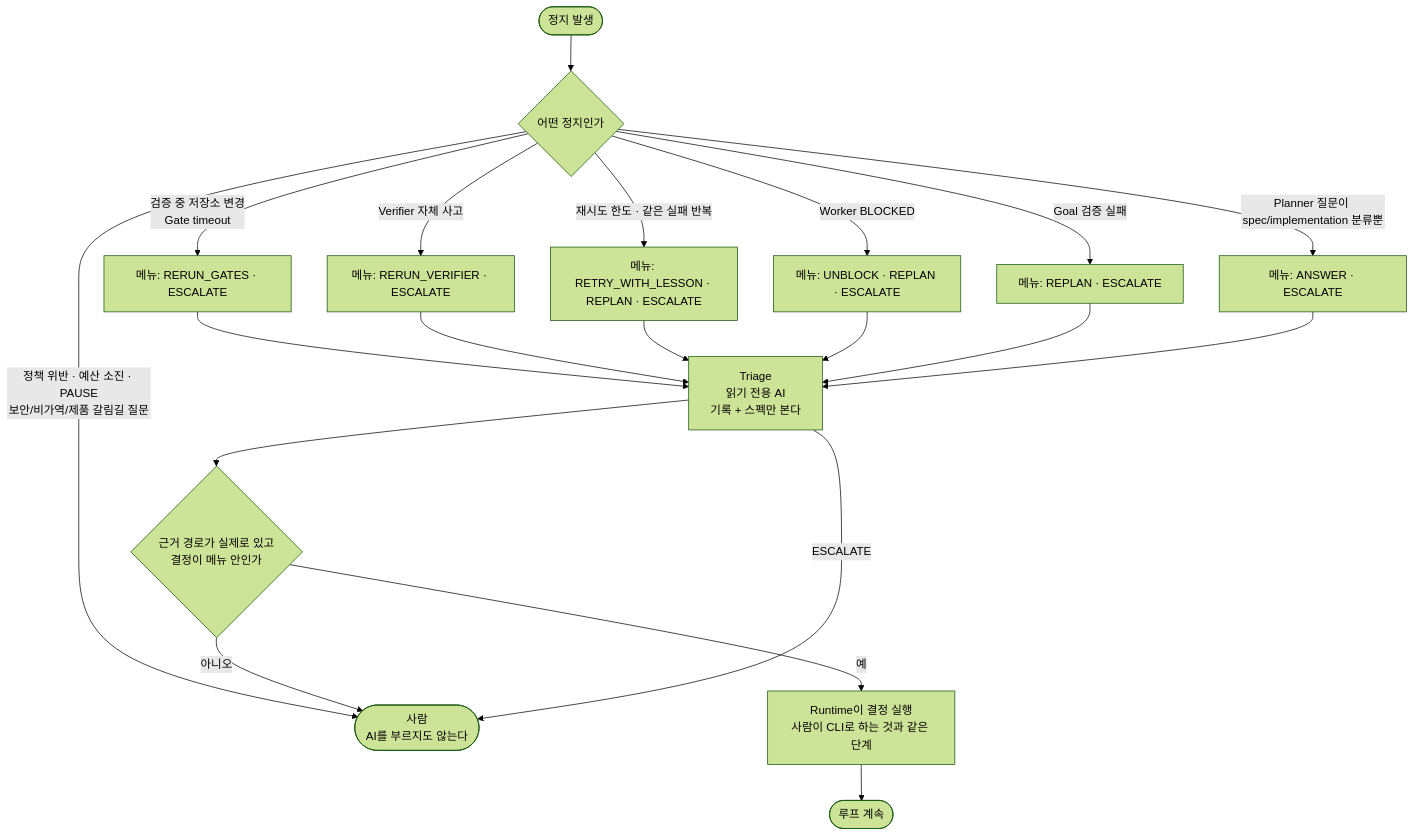
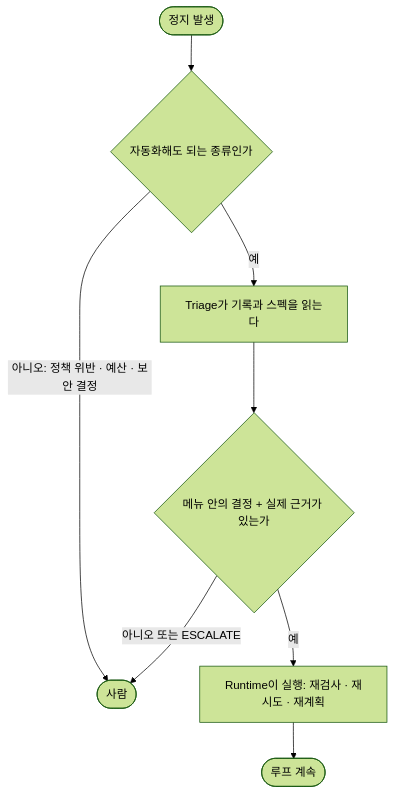
The fifth of 5 diagrams in README.md (JJleem/molt-loop), drawn with Mermaid (forest theme) before and after one commit. The commit also changed other lines of this file and 1 other file, not shown here.

First line of the commit message:
docs: simpler diagrams and a concrete first-session example in the README

````diff
--- a/README.md
+++ b/README.md
@@ -298,17 +305,10 @@
 ```mermaid
 flowchart TD
-    S([정지 발생]) --> K{어떤 정지인가}
-    K -->|정책 위반 · 예산 소진 · PAUSE<br/>보안/비가역/제품 갈림길 질문| H([사람<br/>AI를 부르지도 않는다])
-    K -->|검증 중 저장소 변경<br/>Gate timeout| M1[메뉴: RERUN_GATES · ESCALATE]
-    K -->|Verifier 자체 사고| M2[메뉴: RERUN_VERIFIER · ESCALATE]
-    K -->|재시도 한도 · 같은 실패 반복| M3[메뉴: RETRY_WITH_LESSON · REPLAN · ESCALATE]
-    K -->|Worker BLOCKED| M4[메뉴: UNBLOCK · REPLAN · ESCALATE]
-    K -->|Goal 검증 실패| M5[메뉴: REPLAN · ESCALATE]
-    K -->|Planner 질문이 spec/implementation 분류뿐| M6[메뉴: ANSWER · ESCALATE]
-    M1 & M2 & M3 & M4 & M5 & M6 --> T[Triage<br/>읽기 전용 AI<br/>기록 + 스펙만 본다]
-    T --> C{근거 경로가 실제로 있고<br/>결정이 메뉴 안인가}
-    C -->|아니오| H
-    C -->|예| X[Runtime이 결정 실행<br/>사람이 CLI로 하는 것과 같은 단계]
+    S([정지 발생]) --> K{자동화해도 되는 종류인가}
+    K -->|아니오: 정책 위반 · 예산 · 보안 결정| H([사람])
+    K -->|예| T[Triage가 기록과 스펙을 읽는다]
+    T --> M{메뉴 안의 결정 + 실제 근거가 있는가}
+    M -->|예| X[Runtime이 실행: 재검사 · 재시도 · 재계획]
+    M -->|아니오 또는 ESCALATE| H
     X --> L([루프 계속])
-    T -->|ESCALATE| H
 ```
````
